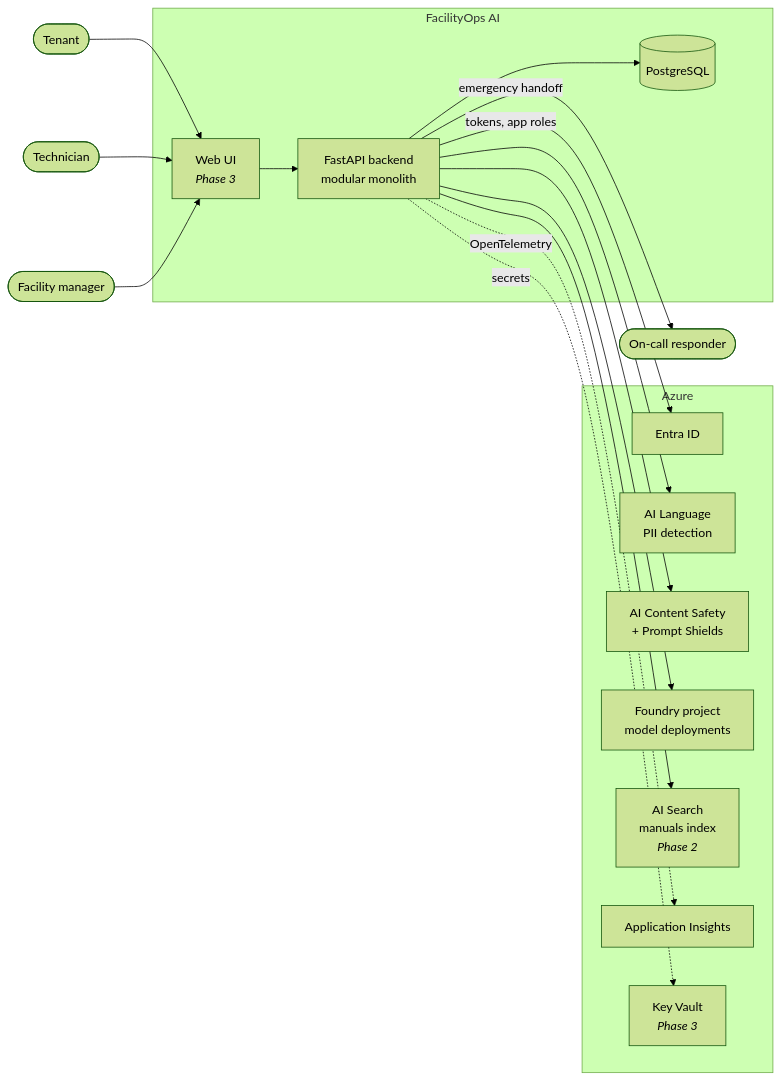
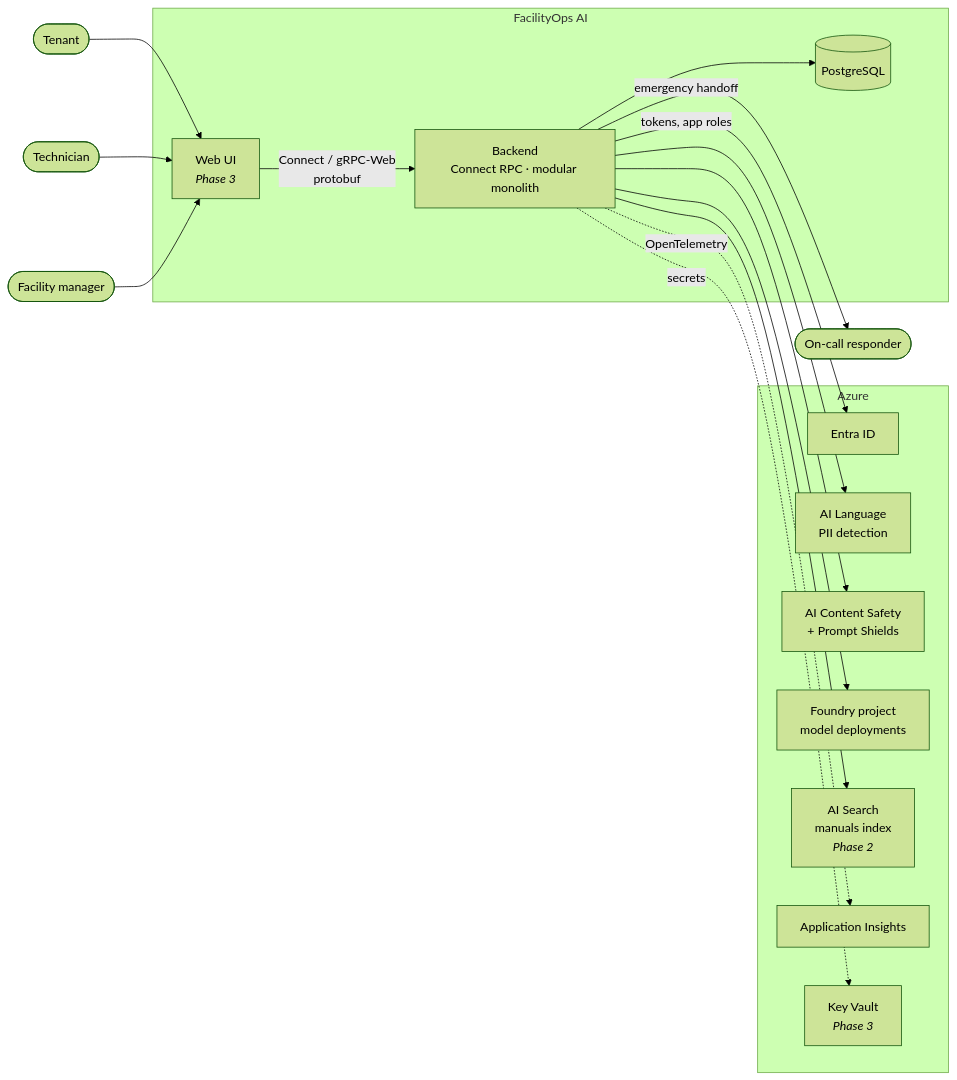
Before and after one commit to wasif1024/facilityops: the first of 15 diagrams in docs/architecture.md, drawn with Mermaid (forest theme). The commit also changed other lines of this file and 62 other files, not shown here.

````diff
--- a/docs/architecture.md
+++ b/docs/architecture.md
@@ -21,31 +23,32 @@
 ```mermaid
 flowchart LR
     tenant(["Tenant"])
     tech(["Technician"])
     fm(["Facility manager"])
     oncall(["On-call responder"])
 
     subgraph app["FacilityOps AI"]
         ui["Web UI<br/><i>Phase 3</i>"]
-        api["FastAPI backend<br/>modular monolith"]
+        api["Backend<br/>Connect RPC · modular monolith"]
         db[("PostgreSQL")]
     end
 
     subgraph azure["Azure"]
         entra["Entra ID"]
         lang["AI Language<br/>PII detection"]
         cs["AI Content Safety<br/>+ Prompt Shields"]
         foundry["Foundry project<br/>model deployments"]
         search["AI Search<br/>manuals index<br/><i>Phase 2</i>"]
         appi["Application Insights"]
         kv["Key Vault<br/><i>Phase 3</i>"]
     end
 
-    tenant & tech & fm --> ui --> api
+    tenant & tech & fm --> ui
+    ui -- "Connect / gRPC-Web<br/>protobuf" --> api
     api --> db
     api -- "tokens, app roles" --> entra
     api --> lang & cs & foundry & search
     api -. "OpenTelemetry" .-> appi
     api -. "secrets" .-> kv
     api -- "emergency handoff" --> oncall
 ```
````
